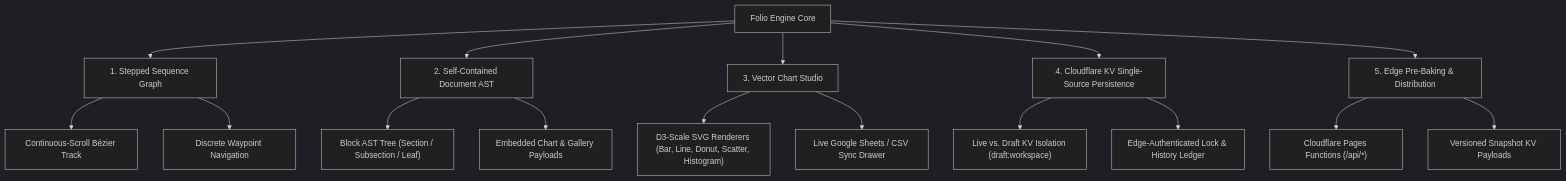
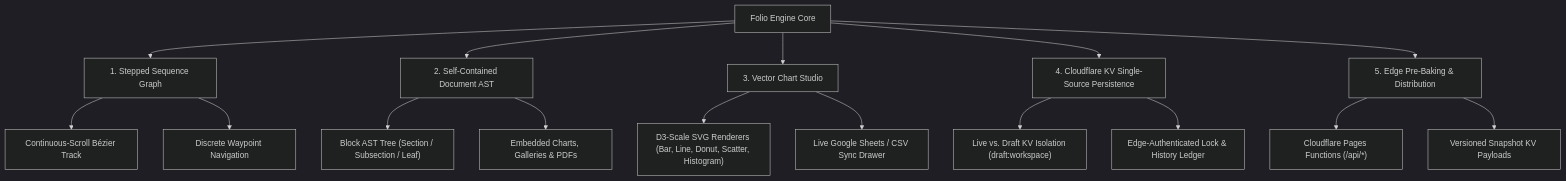
Before and after one commit to devcabs/folio: the diagram in docs/folio-engine/README.md, drawn with Mermaid (dark theme). The commit also changed 224 other files, not shown here.

````diff
--- a/docs/folio-engine/README.md
+++ b/docs/folio-engine/README.md
@@ -11,23 +11,23 @@
 ```mermaid
 graph TD
     A["Folio Engine Core"] --> B["1. Stepped Sequence Graph"]
     A --> C["2. Self-Contained Document AST"]
     A --> D["3. Vector Chart Studio"]
     A --> E["4. Cloudflare KV Single-Source Persistence"]
     A --> F["5. Edge Pre-Baking & Distribution"]
 
     B --> B1["Continuous-Scroll Bézier Track"]
     B --> B2["Discrete Waypoint Navigation"]
     
     C --> C1["Block AST Tree (Section / Subsection / Leaf)"]
-    C --> C2["Embedded Chart & Gallery Payloads"]
+    C --> C2["Embedded Charts, Galleries & PDFs"]
     
     D --> D1["D3-Scale SVG Renderers (Bar, Line, Donut, Scatter, Histogram)"]
     D --> D2["Live Google Sheets / CSV Sync Drawer"]
     
     E --> E1["Live vs. Draft KV Isolation (draft:workspace)"]
     E --> E2["Edge-Authenticated Lock & History Ledger"]
     
     F --> F1["Cloudflare Pages Functions (/api/*)"]
     F --> F2["Versioned Snapshot KV Payloads"]
 ```
````
